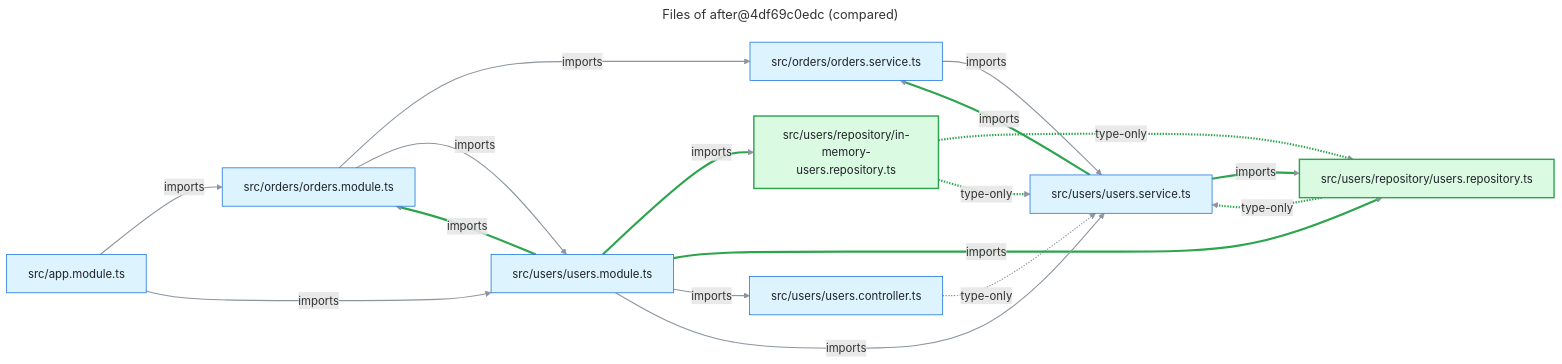
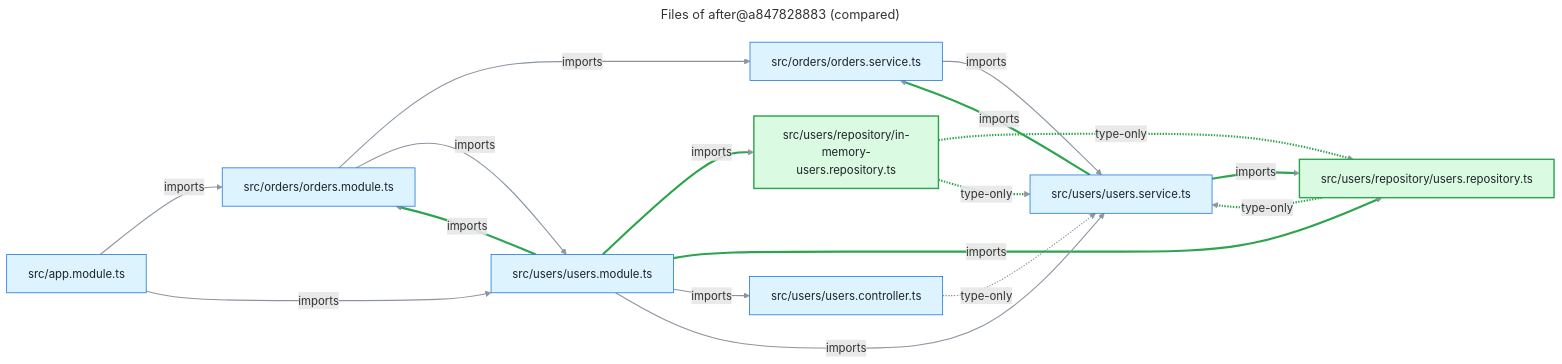
One commit to FullFran/archsieve changed the diagram in examples/nest-shop/files-compare.mmd. Above: the diagram before and after it, drawn with Mermaid. The commit also changed 11 other files, not shown here.

```diff
--- a/examples/nest-shop/files-compare.mmd
+++ b/examples/nest-shop/files-compare.mmd
@@ -1,47 +1,47 @@
 ---
-title: "Files of after@4df69c0edc (compared)"
+title: "Files of after@a847828883 (compared)"
 ---
 flowchart LR
   n0["src/app.module.ts"]:::code
   n1["src/orders/orders.module.ts"]:::code
   n2["src/orders/orders.service.ts"]:::code
   n3["src/users/repository/in-memory-users.repository.ts"]:::added
   n4["src/users/repository/users.repository.ts"]:::added
   n5["src/users/users.controller.ts"]:::code
   n6["src/users/users.module.ts"]:::code
   n7["src/users/users.service.ts"]:::code
   n0 -->|"imports"| n1
   n0 -->|"imports"| n6
   n1 -->|"imports"| n2
   n1 -->|"imports"| n6
   n2 -->|"imports"| n7
   n3 -.->|"type-only"| n4
   n3 -.->|"type-only"| n7
   n4 -.->|"type-only"| n7
   n5 -.->|"type-only"| n7
   n6 -->|"imports"| n1
   n6 -->|"imports"| n3
   n6 -->|"imports"| n4
   n6 -->|"imports"| n5
   n6 -->|"imports"| n7
   n7 -->|"imports"| n2
   n7 -->|"imports"| n4
   linkStyle default stroke:#8c959f,stroke-width:1.5px
   linkStyle 5 stroke:#2da44e,stroke-width:3px
   linkStyle 6 stroke:#2da44e,stroke-width:3px
   linkStyle 7 stroke:#2da44e,stroke-width:3px
   linkStyle 9 stroke:#2da44e,stroke-width:3px
   linkStyle 10 stroke:#2da44e,stroke-width:3px
   linkStyle 11 stroke:#2da44e,stroke-width:3px
   linkStyle 14 stroke:#2da44e,stroke-width:3px
   linkStyle 15 stroke:#2da44e,stroke-width:3px
   classDef code fill:#ddf4ff,stroke:#0969da,color:#1f2328
   classDef external fill:#fff8c5,stroke:#9a6700,color:#1f2328
   classDef module fill:#fbefff,stroke:#8250df,color:#1f2328
   classDef added fill:#dafbe1,stroke:#2da44e,stroke-width:2px,color:#1f2328
   classDef removed fill:#ffebe9,stroke:#cf222e,stroke-dasharray:4 3,color:#1f2328
   classDef boundary fill:#f6f8fa,stroke:#57606a,stroke-dasharray:6 4,color:#1f2328
   classDef container fill:#ddf4ff,stroke:#0969da,stroke-width:2px,color:#1f2328
   classDef unverified fill:#ffffff,stroke:#0969da,stroke-width:2px,stroke-dasharray:5 3,color:#1f2328
   classDef undeclared fill:#fff1e5,stroke:#bc4c00,stroke-width:2px,color:#1f2328
   classDef focus fill:#ddf4ff,stroke:#0969da,stroke-width:4px,color:#1f2328
```
